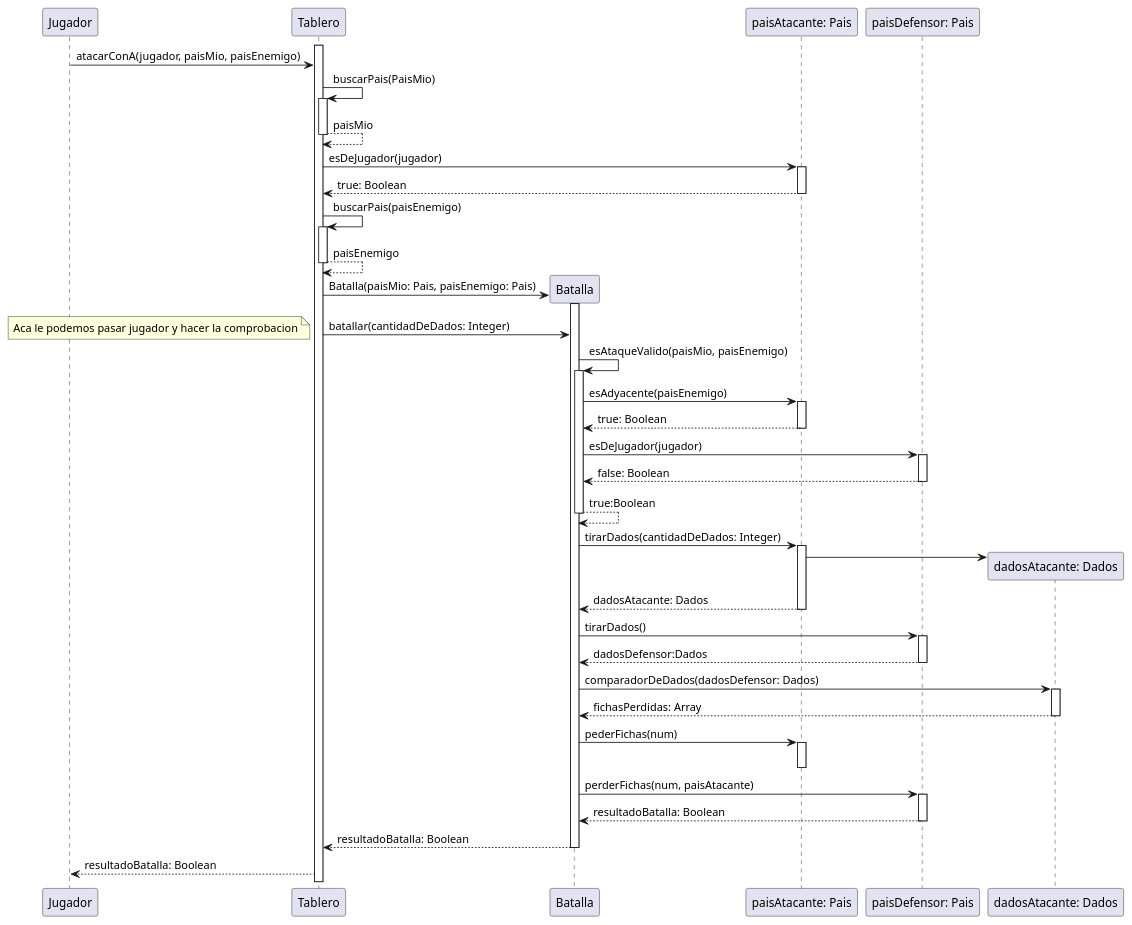
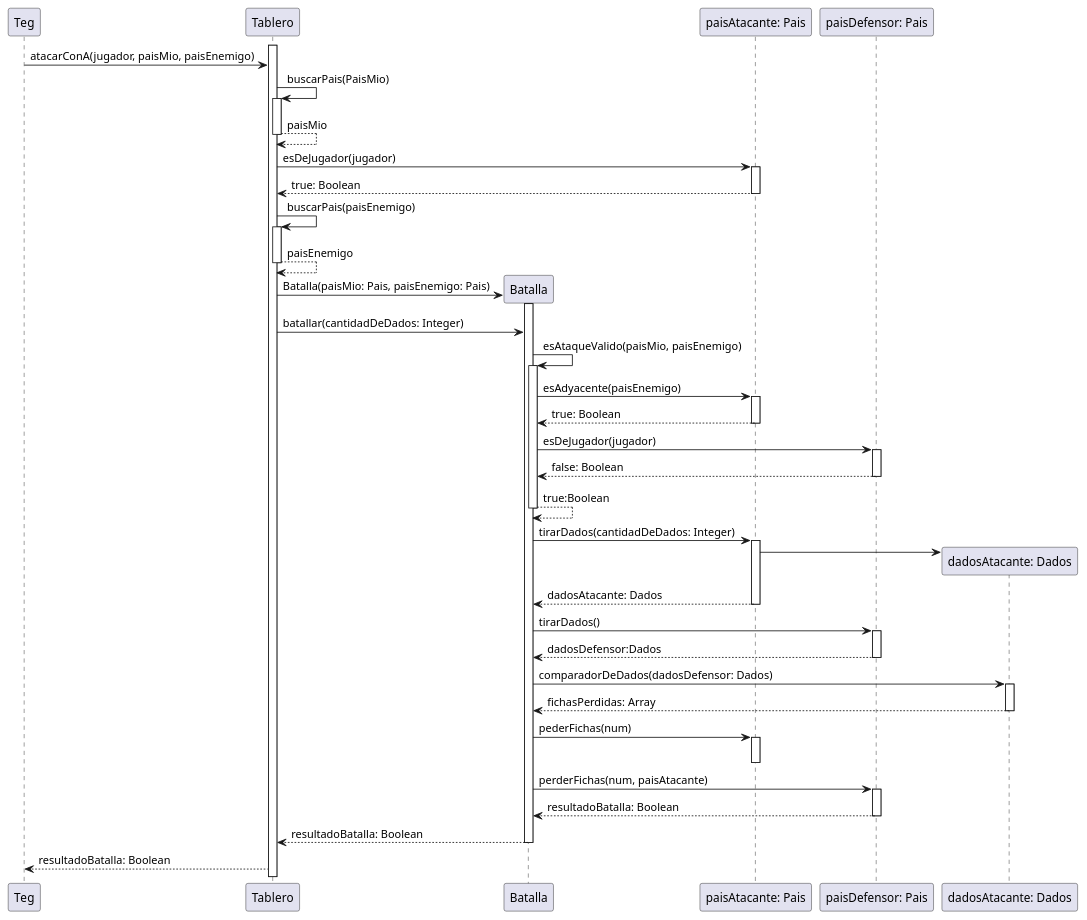
The diagram in docs/Diagramas/Codigo/DiagramaDeSecuenciaUnPaisAtacaAOtro.puml (mpata2000/Algo3-TP2-TEG), drawn with PlantUML before and after one commit. The commit also changed 11 other files, not shown here.

Commit message:
Diagrama agregar Fichas a un Pais

```diff
--- a/docs/Diagramas/Codigo/DiagramaDeSecuenciaUnPaisAtacaAOtro.puml
+++ b/docs/Diagramas/Codigo/DiagramaDeSecuenciaUnPaisAtacaAOtro.puml
@@ -1,66 +1,67 @@
 @startuml DiagramaDeSecuenciaUnPaisAtacaAOtro-V0.6
 
-Participant Jugador
+Participant Teg
 Participant Tablero
 Participant Batalla
 Participant Pais as "paisAtacante: Pais"
 Participant PaisEnemigo as "paisDefensor: Pais"
 Participant DadosAtacante as "dadosAtacante: Dados"
 
 activate Tablero
-Jugador->Tablero: atacarConA(jugador, paisMio, paisEnemigo)
+Teg->Tablero: atacarConA(jugador, paisMio, paisEnemigo)
 Tablero -> Tablero: buscarPais(PaisMio)
 activate Tablero
 Tablero --> Tablero: paisMio
 deactivate Tablero
 Tablero -> Pais: esDeJugador(jugador)
 activate Pais
 Pais --> Tablero: true: Boolean
 deactivate Pais
 Tablero -> Tablero: buscarPais(paisEnemigo)
 activate Tablero
 Tablero --> Tablero: paisEnemigo
 deactivate Tablero
 create Batalla
 Tablero -> Batalla: Batalla(paisMio: Pais, paisEnemigo: Pais)
 activate Batalla
 Tablero -> Batalla: batallar(cantidadDeDados: Integer)
-note left: Aca le podemos pasar jugador y hacer la comprobacion
+
+
 Batalla -> Batalla: esAtaqueValido(paisMio, paisEnemigo)
 activate Batalla
 Batalla -> Pais: esAdyacente(paisEnemigo)
 activate Pais
 Pais --> Batalla: true: Boolean
 deactivate Pais
 Batalla -> PaisEnemigo: esDeJugador(jugador)
 activate PaisEnemigo
 PaisEnemigo --> Batalla: false: Boolean
 deactivate PaisEnemigo
 Batalla --> Batalla: true:Boolean
 deactivate Batalla
 Batalla -> Pais: tirarDados(cantidadDeDados: Integer)
 activate Pais
 create DadosAtacante
 Pais-> DadosAtacante
 Pais --> Batalla: dadosAtacante: Dados
 deactivate Pais
 Batalla -> PaisEnemigo: tirarDados()
 activate PaisEnemigo
 PaisEnemigo --> Batalla: dadosDefensor:Dados
 deactivate PaisEnemigo
 Batalla -> DadosAtacante: comparadorDeDados(dadosDefensor: Dados)
 activate DadosAtacante
 DadosAtacante --> Batalla: fichasPerdidas: Array
 deactivate DadosAtacante
 Batalla -> Pais: pederFichas(num)
 activate Pais
 deactivate Pais
 Batalla -> PaisEnemigo: perderFichas(num, paisAtacante)
 activate PaisEnemigo
 PaisEnemigo --> Batalla: resultadoBatalla: Boolean
 deactivate PaisEnemigo
 Batalla --> Tablero: resultadoBatalla: Boolean
 deactivate Batalla
-Tablero --> Jugador: resultadoBatalla: Boolean
+Tablero --> Teg: resultadoBatalla: Boolean
 
 @enduml
```
